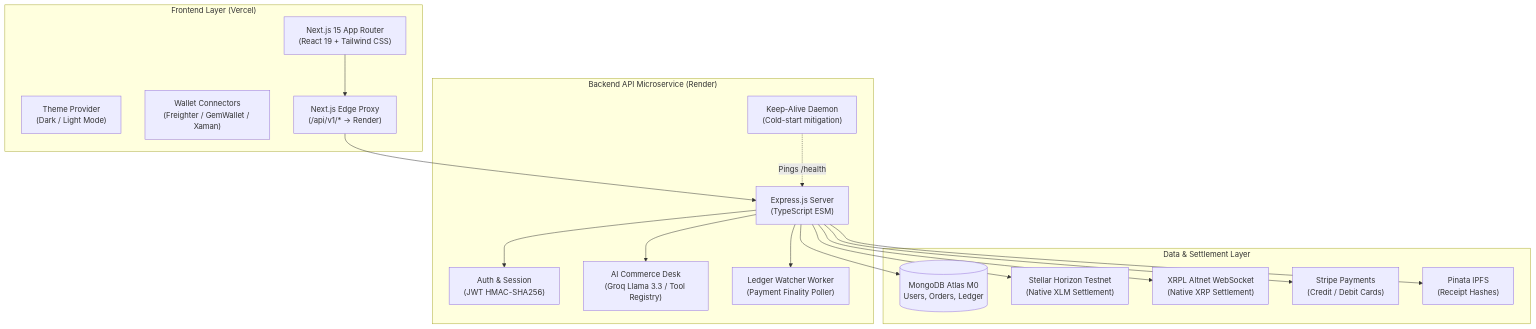
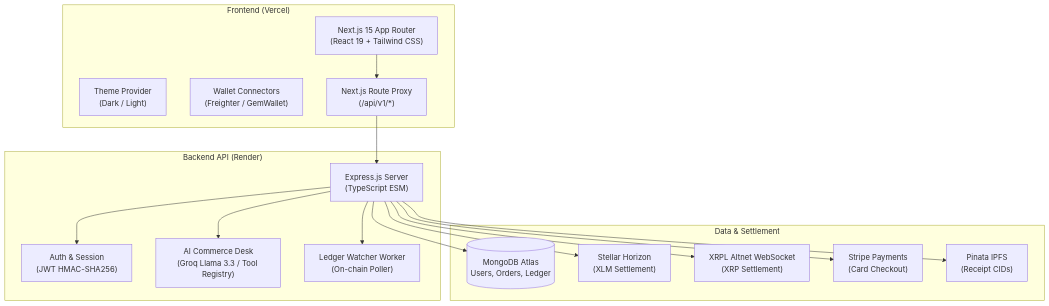
One commit to AtulPandey429/nexus_rail changed the diagram in README.md. Above: the diagram before and after it, drawn with Mermaid. The commit also changed other lines of this file and 2 other files, not shown here.

Commit message:
docs: streamline READMEs to focus on architecture, features, and quickstart

````diff
--- a/README.md
+++ b/README.md
@@ -53,37 +42,35 @@
 ```mermaid
 flowchart TD
-    subgraph Client ["Frontend Layer (Vercel)"]
+    subgraph Client ["Frontend (Vercel)"]
         UI["Next.js 15 App Router\n(React 19 + Tailwind CSS)"]
-        Theme["Theme Provider\n(Dark / Light Mode)"]
-        Wallets["Wallet Connectors\n(Freighter / GemWallet / Xaman)"]
-        Proxy["Next.js Edge Proxy\n(/api/v1/* -> Render)"]
+        Theme["Theme Provider\n(Dark / Light)"]
+        Wallets["Wallet Connectors\n(Freighter / GemWallet)"]
+        Proxy["Next.js Route Proxy\n(/api/v1/*)"]
     end
 
-    subgraph Backend ["Backend API Microservice (Render)"]
+    subgraph Backend ["Backend API (Render)"]
         API["Express.js Server\n(TypeScript ESM)"]
         AuthService["Auth & Session\n(JWT HMAC-SHA256)"]
         AgentEngine["AI Commerce Desk\n(Groq Llama 3.3 / Tool Registry)"]
-        LedgerWatcher["Ledger Watcher Worker\n(Payment Finality Poller)"]
-        KeepAlive["Keep-Alive Daemon\n(Cold-start mitigation)"]
+        LedgerWatcher["Ledger Watcher Worker\n(On-chain Poller)"]
     end
 
-    subgraph DataSettlement ["Data & Settlement Layer"]
-        Mongo[("MongoDB Atlas M0\nUsers, Orders, Ledger")]
-        StellarNet["Stellar Horizon Testnet\n(Native XLM Settlement)"]
-        XrplNet["XRPL Altnet WebSocket\n(Native XRP Settlement)"]
-        StripeGateway["Stripe Payments\n(Credit / Debit Cards)"]
-        PinataIPFS["Pinata IPFS\n(Receipt Hashes)"]
+    subgraph DataSettlement ["Data & Settlement"]
+        Mongo[("MongoDB Atlas\nUsers, Orders, Ledger")]
+        StellarNet["Stellar Horizon\n(XLM Settlement)"]
+        XrplNet["XRPL Altnet WebSocket\n(XRP Settlement)"]
+        StripeGateway["Stripe Payments\n(Card Checkout)"]
+        PinataIPFS["Pinata IPFS\n(Receipt CIDs)"]
     end
 
     UI --> Proxy
     Proxy --> API
     API --> AuthService
     API --> AgentEngine
     API --> LedgerWatcher
     API --> Mongo
     API --> StellarNet
     API --> XrplNet
     API --> StripeGateway
     API --> PinataIPFS
-    KeepAlive -.->|Pings /health| API
 ```
````
